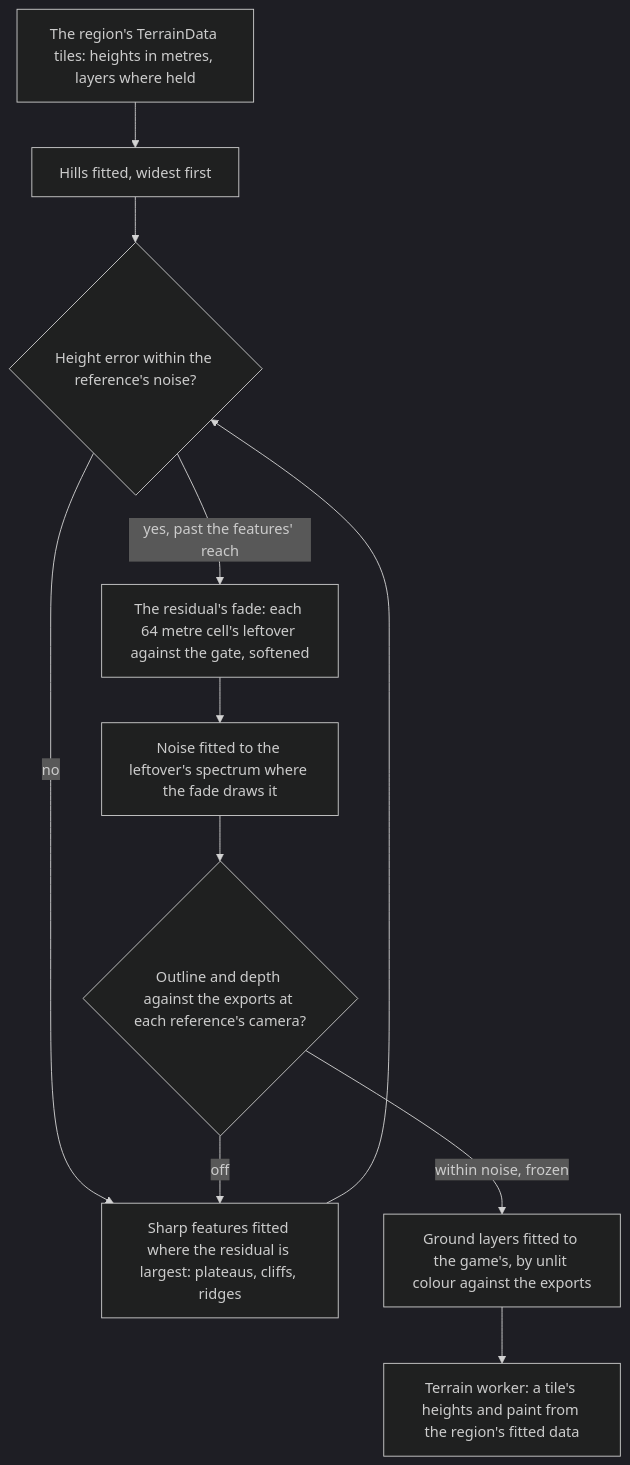
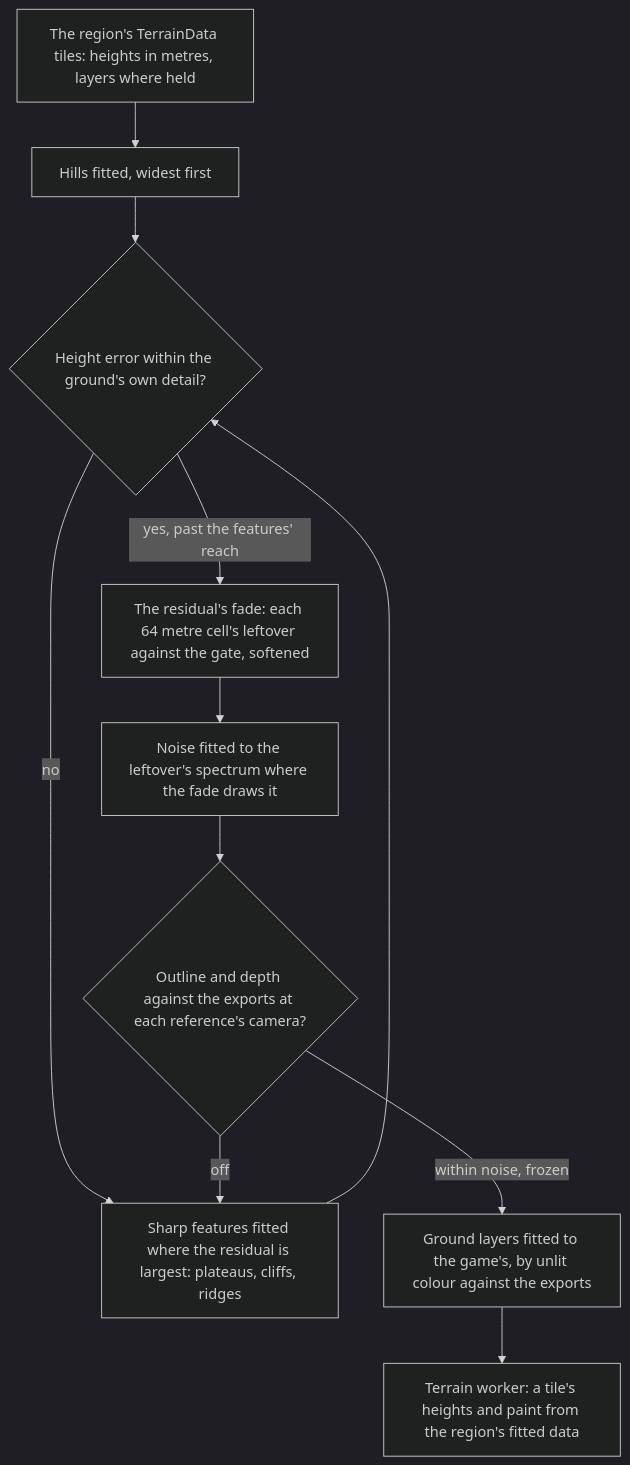
One commit to Esposter/Esposter changed the diagram in apps/web/content/docs/proposals/genshin/terrain-shapes.md. Above: the diagram before and after it, drawn with Mermaid (dark theme). The commit also changed other lines of this file and 12 other files, not shown here.

````diff
--- a/apps/web/content/docs/proposals/genshin/terrain-shapes.md
+++ b/apps/web/content/docs/proposals/genshin/terrain-shapes.md
@@ -24,13 +24,13 @@
 ```mermaid
 flowchart TD
   TD["The region's TerrainData tiles: heights in metres, layers where held"] --> HILLS["Hills fitted, widest first"]
-  HILLS --> G1{"Height error within the reference's noise?"}
+  HILLS --> G1{"Height error within the ground's own detail?"}
   G1 -->|no| FEAT["Sharp features fitted where the residual is largest: plateaus, cliffs, ridges"]
   FEAT --> G1
   G1 -->|"yes, past the features' reach"| FD["The residual's fade: each 64 metre cell's leftover against the gate, softened"]
   FD --> NZ["Noise fitted to the leftover's spectrum where the fade draws it"]
   NZ --> SH{"Outline and depth against the exports at each reference's camera?"}
   SH -->|off| FEAT
   SH -->|"within noise, frozen"| PAINT["Ground layers fitted to the game's, by unlit colour against the exports"]
   PAINT --> WK["Terrain worker: a tile's heights and paint from the region's fitted data"]
 ```
````
